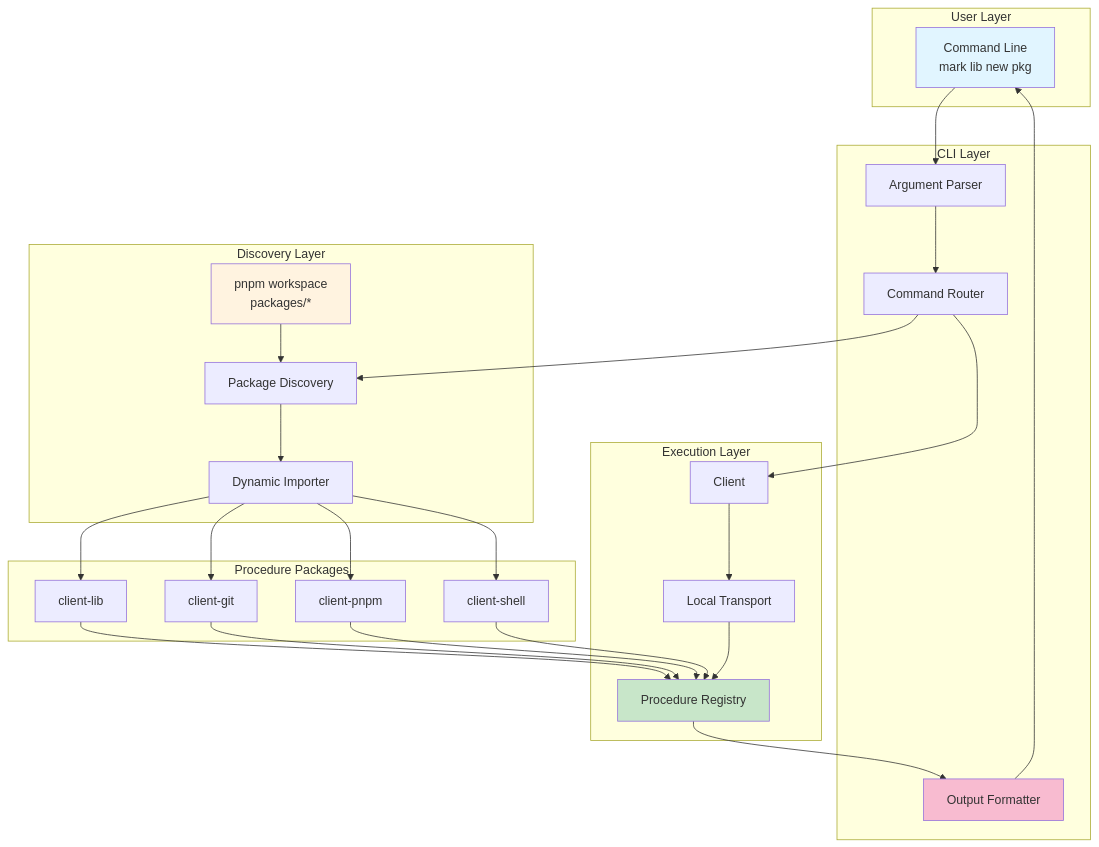
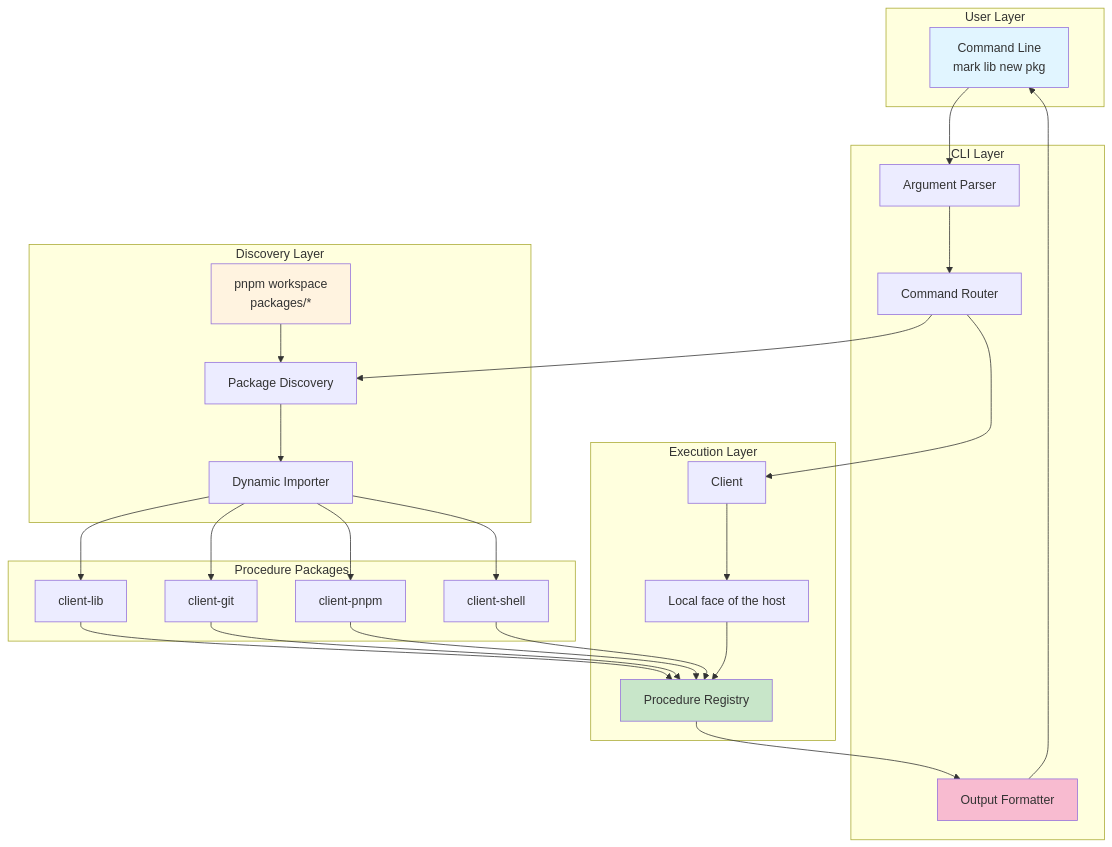
Before and after one commit to mark1russell7/client: the first of 6 diagrams in packages/mark/README.md, drawn with Mermaid. The commit also changed other lines of this file and 17 other files, not shown here.

````diff
--- a/packages/mark/README.md
+++ b/packages/mark/README.md
@@ -28,55 +28,55 @@
 ```mermaid
 graph TB
     subgraph "User Layer"
         CMD[Command Line<br/>mark lib new pkg]
     end
 
     subgraph "CLI Layer"
         PARSER[Argument Parser]
         ROUTER[Command Router]
         FORMATTER[Output Formatter]
     end
 
     subgraph "Discovery Layer"
         MANIFEST[pnpm workspace<br/>packages/*]
         DISCOVER[Package Discovery]
         LOADER[Dynamic Importer]
     end
 
     subgraph "Execution Layer"
         REGISTRY[Procedure Registry]
-        TRANSPORT[Local Transport]
+        TRANSPORT["Local face of the host"]
         CLIENT[Client]
     end
 
     subgraph "Procedure Packages"
         P1[client-lib]
         P2[client-git]
         P3[client-pnpm]
         P4[client-shell]
     end
 
     CMD --> PARSER
     PARSER --> ROUTER
     ROUTER --> DISCOVER
     MANIFEST --> DISCOVER
     DISCOVER --> LOADER
     LOADER --> P1
     LOADER --> P2
     LOADER --> P3
     LOADER --> P4
     P1 --> REGISTRY
     P2 --> REGISTRY
     P3 --> REGISTRY
     P4 --> REGISTRY
     ROUTER --> CLIENT
     CLIENT --> TRANSPORT
     TRANSPORT --> REGISTRY
     REGISTRY --> FORMATTER
     FORMATTER --> CMD
 
     style CMD fill:#e1f5ff
     style MANIFEST fill:#fff3e0
     style REGISTRY fill:#c8e6c9
     style FORMATTER fill:#f8bbd0
 ```
````
